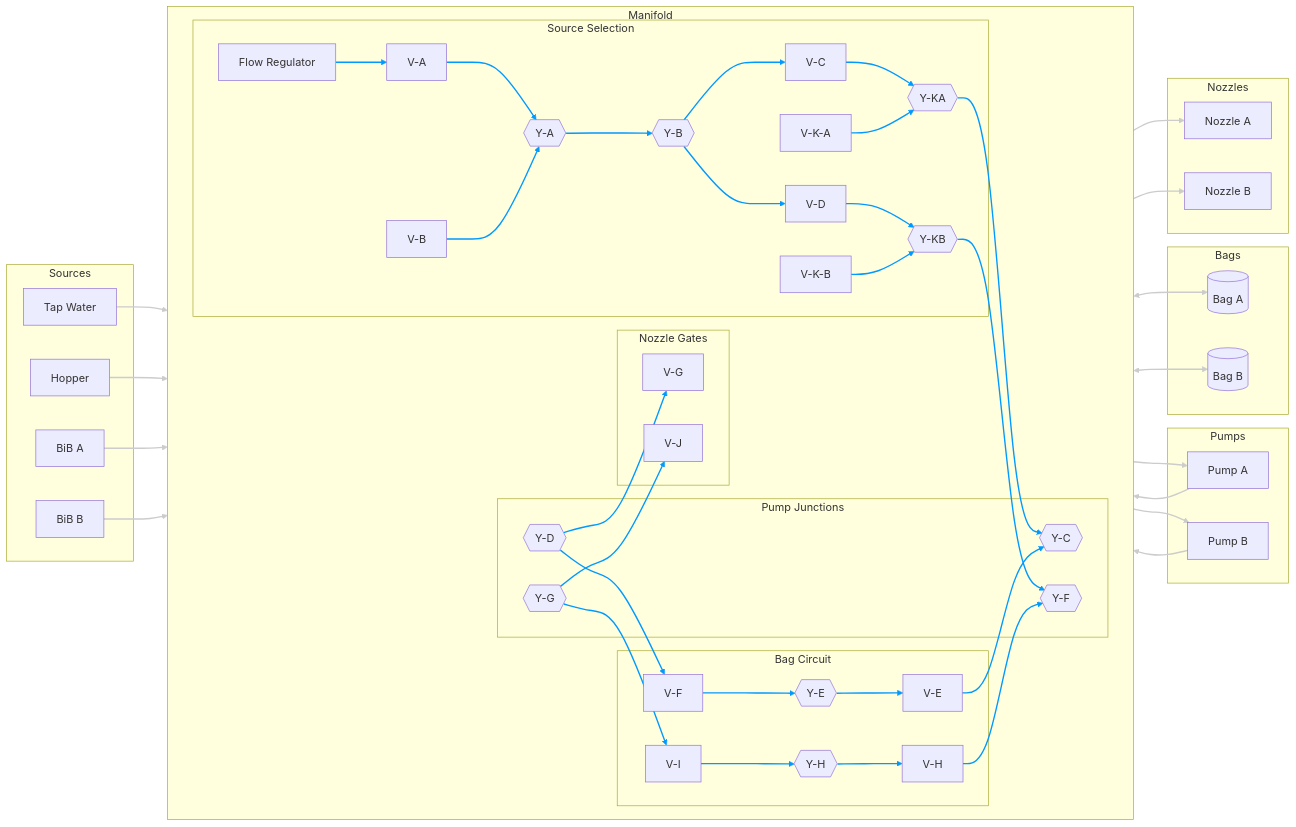
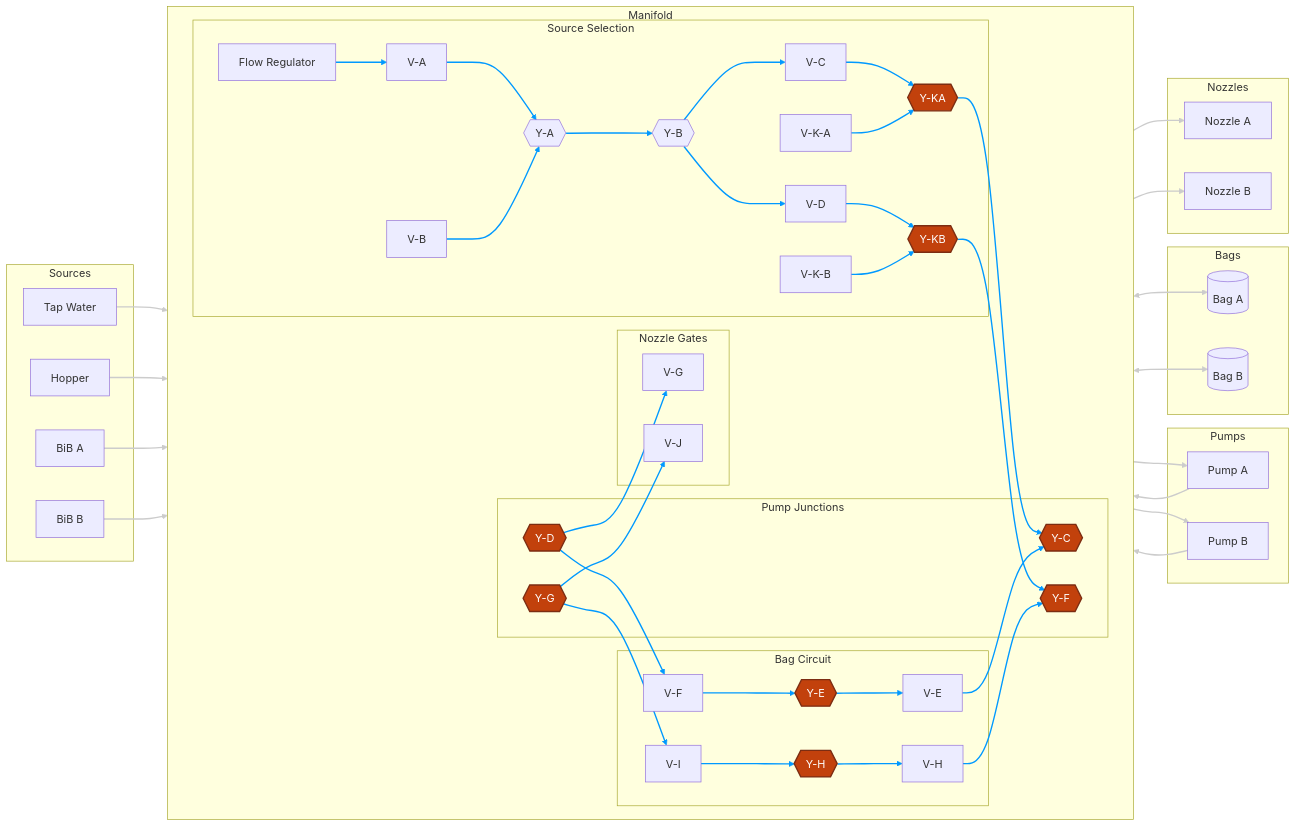
The diagram in hardware/topology/fluid-topology-manifold.mmd (derekbreden/homesodamachine), drawn with Mermaid before and after one commit. The commit also changed 9 other files, not shown here.

First line of the commit message:
manifold: commit PP0208E Tees — log FWS order, propagate Y→Tee

```diff
--- a/hardware/topology/fluid-topology-manifold.mmd
+++ b/hardware/topology/fluid-topology-manifold.mmd
@@ -1,127 +1,132 @@
 flowchart LR
 
   %% =========================
   %% Remote components
   %% =========================
   subgraph Sources["Sources"]
     Tap["Tap Water"]
     Hopper["Hopper"]
     BiBA["BiB A"]
     BiBB["BiB B"]
   end
 
   subgraph Pumps["Pumps"]
     PA["Pump A"]
     PB["Pump B"]
   end
 
   subgraph Bags["Bags"]
     BagA[("Bag A")]
     BagB[("Bag B")]
   end
 
   subgraph Nozzles["Nozzles"]
     NozzleA["Nozzle A"]
     NozzleB["Nozzle B"]
   end
 
   %% =========================
   %% Manifold
   %% =========================
   subgraph Manifold["Manifold"]
     direction LR
 
     subgraph SourceSelection["Source Selection"]
       Reg["Flow Regulator"]
       VA["V-A"]
       VB["V-B"]
       YA{{"Y-A"}}
       YB{{"Y-B"}}
       VC["V-C"]
       VD["V-D"]
       VKA["V-K-A"]
       VKB["V-K-B"]
       YKA{{"Y-KA"}}
       YKB{{"Y-KB"}}
     end
 
     subgraph MfPumps["Pump Junctions"]
       YC{{"Y-C"}}
       YD{{"Y-D"}}
       YF{{"Y-F"}}
       YG{{"Y-G"}}
     end
 
     subgraph MfNozzles["Nozzle Gates"]
       VG["V-G"]
       VJ["V-J"]
     end
 
     subgraph MfBags["Bag Circuit"]
       VE["V-E"]
       YE{{"Y-E"}}
       VF["V-F"]
       VH["V-H"]
       YH{{"Y-H"}}
       VI["V-I"]
     end
 
     %% Source Selection connections
     Reg --> VA
     VA --> YA
     VB --> YA
     YA --> YB
     YB --> VC
     YB --> VD
     VC --> YKA
     VKA --> YKA
     VD --> YKB
     VKB --> YKB
 
     %% Pump Junctions connections
     YKA --> YC
     YKB --> YF
     YD --> VG
     YD --> VF
     YG --> VJ
     YG --> VI
 
     %% Bag Circuit connections
     VE --> YC
     VF --> YE
     YE --> VE
     VH --> YF
     VI --> YH
     YH --> VH
   end
 
   %% =========================
   %% Tube runs (manifold ↔ remote)
   %% =========================
   Tap --> Reg
   Hopper --> VB
   BiBA --> VKA
   BiBB --> VKB
 
   YC --> PA --> YD
   YF --> PB --> YG
 
   YE <--> BagA
   YH <--> BagB
 
   VG --> NozzleA
   VJ --> NozzleB
 
   %% Manifold internals: blue. These edges are ZERO LENGTH — valve seats sit
   %% directly at the Y-junctions inside a single machined manifold block. There
   %% is no tubing between, e.g., V-A and Y-A; the only volume on a blue edge is
   %% the valve's own downstream poppet void (sub-mL). This is what makes the
   %% manifold a manifold rather than a network of tube runs, and why there are
   %% no meaningful stagnant side-pockets at the Y-junctions.
   %% 0-21 = Source Selection + Pump Junctions + Bag Circuit interior edges.
   linkStyle 0,1,2,3,4,5,6,7,8,9,10,11,12,13,14,15,16,17,18,19,20,21 stroke:#09f,stroke-width:2px
   %% Tube runs between the manifold and remote components: white. These are
   %% the only real lengths of tube in the diagram; everything else is
   %% manifold-internal.
   %% 22-33 = sources -> manifold inlets, manifold -> pumps/bags/nozzles.
   linkStyle 22,23,24,25,26,27,28,29,30,31,32,33 stroke:#ccc,stroke-width:2px
+
+  %% Junction geometry: Y-A/Y-B are PP2308E Y-dividers (source-select); the
+  %% other eight are PP0208E Tees (in-line run + branch). Orange = Tee.
+  classDef tee fill:#c2410c,stroke:#7c2d12,color:#ffffff,stroke-width:2px;
+  class YC,YD,YE,YF,YG,YH,YKA,YKB tee;
```
